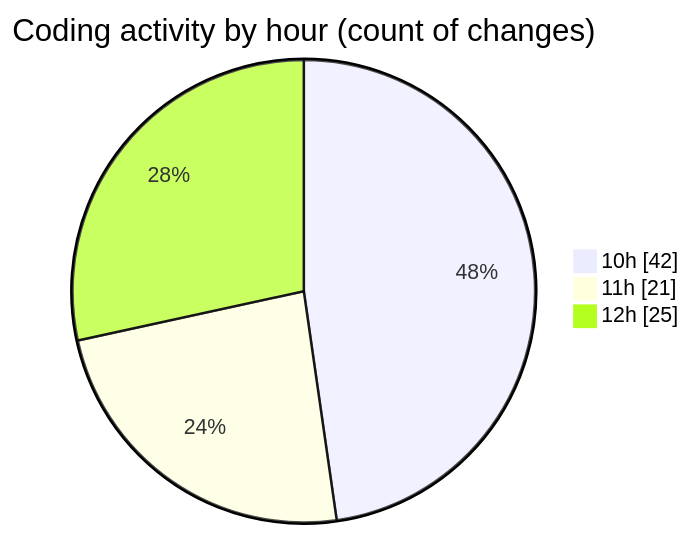
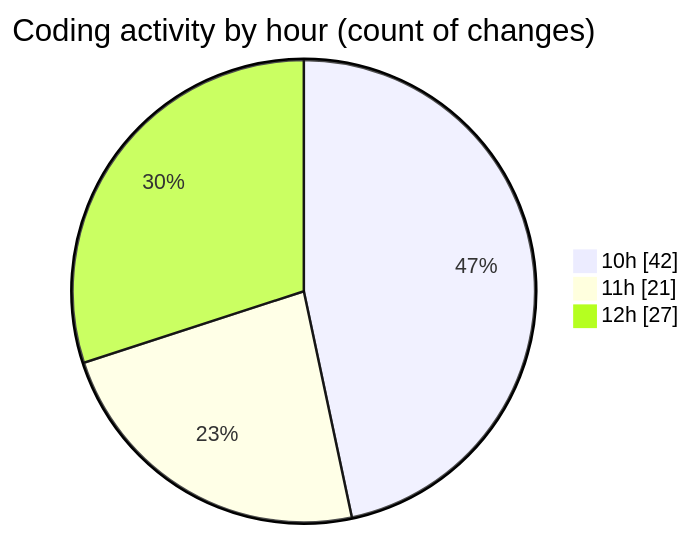
The second of 2 diagrams in 2025-07-04/urlwebwala_intership_work/README.md (Ritupan-Deka/code-tracking), drawn with Mermaid before and after one commit. The commit also changed other lines of this file and 1 other file, not shown here.

````diff
--- a/2025-07-04/urlwebwala_intership_work/README.md
+++ b/2025-07-04/urlwebwala_intership_work/README.md
@@ -30,7 +30,7 @@
 ```mermaid
 pie showData
 title Coding activity by hour (count of changes)
 "10h" : 42
 "11h" : 21
-"12h" : 25
+"12h" : 27
 ```
````
